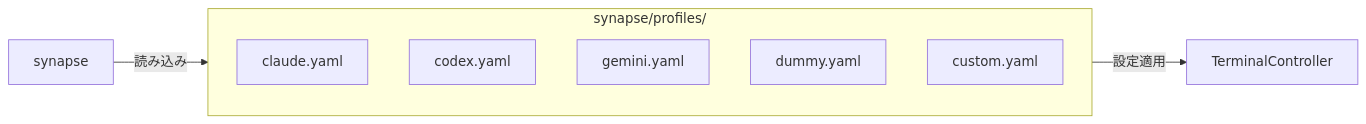
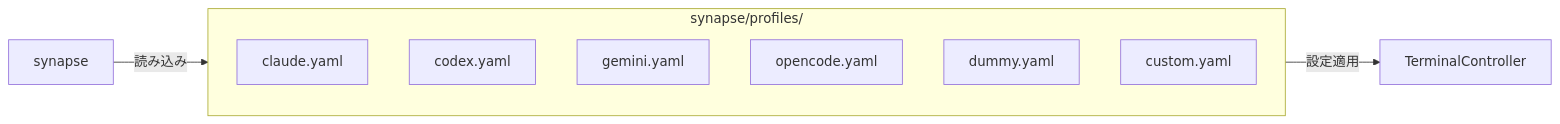
Before and after one commit to s-hiraoku/synapse-a2a: the first of 3 diagrams in guides/profiles.md, drawn with Mermaid. The commit also changed other lines of this file and 46 other files, not shown here.

First line of the commit message:
feat: add OpenCode agent support (#135)

````diff
--- a/guides/profiles.md
+++ b/guides/profiles.md
@@ -10,16 +10,17 @@
 ```mermaid
 flowchart LR
     subgraph Profiles["synapse/profiles/"]
         Claude["claude.yaml"]
         Codex["codex.yaml"]
         Gemini["gemini.yaml"]
+        OpenCode["opencode.yaml"]
         Dummy["dummy.yaml"]
         Custom["custom.yaml"]
     end
 
     CLI["synapse <profile>"]
     TC["TerminalController"]
 
     CLI -->|"読み込み"| Profiles
     Profiles -->|"設定適用"| TC
 ```
````
